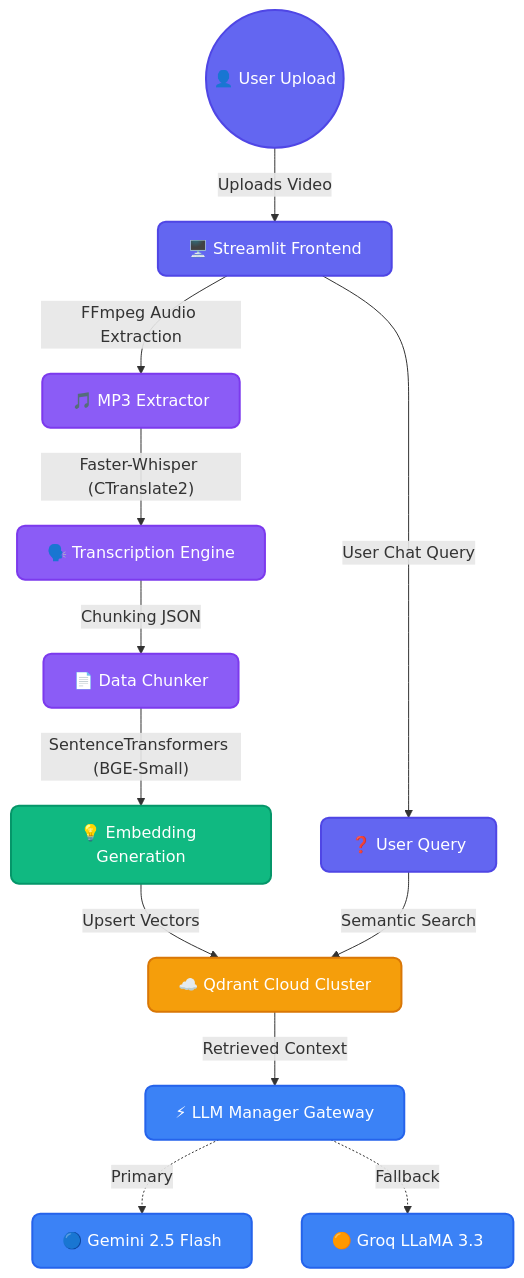
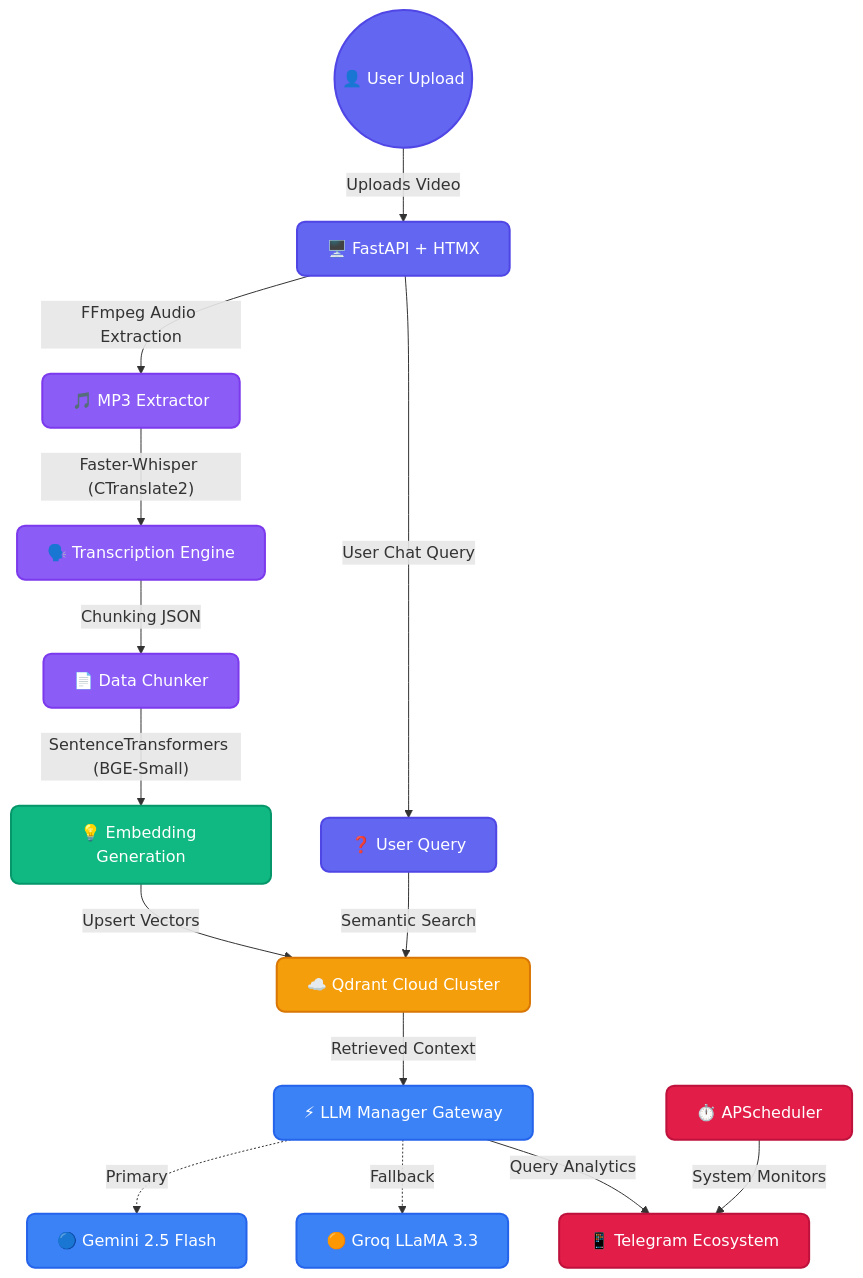
The diagram in README.md (Piyu242005/MindMesh-AI), drawn with Mermaid before and after one commit. The commit also changed other lines of this file and 2 other files, not shown here.

````diff
--- a/README.md
+++ b/README.md
@@ -62,26 +68,30 @@
 ```mermaid
 graph TD
     %% Styling
     classDef user fill:#6366f1,stroke:#4f46e5,stroke-width:2px,color:#fff,rx:8px,ry:8px;
     classDef media fill:#8b5cf6,stroke:#7c3aed,stroke-width:2px,color:#fff,rx:8px,ry:8px;
     classDef embed fill:#10b981,stroke:#059669,stroke-width:2px,color:#fff,rx:8px,ry:8px;
     classDef vector fill:#f59e0b,stroke:#d97706,stroke-width:2px,color:#fff,rx:8px,ry:8px;
     classDef llm fill:#3b82f6,stroke:#2563eb,stroke-width:2px,color:#fff,rx:8px,ry:8px;
+    classDef devops fill:#e11d48,stroke:#be123c,stroke-width:2px,color:#fff,rx:8px,ry:8px;
     
-    U(("👤 User Upload")):::user -->|"Uploads Video"| UI["🖥️ Streamlit Frontend"]:::user
+    U(("👤 User Upload")):::user -->|"Uploads Video"| UI["🖥️ FastAPI + HTMX"]:::user
     UI -->|"FFmpeg Audio Extraction"| EXT["🎵 MP3 Extractor"]:::media
     EXT -->|"Faster-Whisper (CTranslate2)"| TX["🗣️ Transcription Engine"]:::media
     
     TX -->|"Chunking JSON"| C["📄 Data Chunker"]:::media
     C -->|"SentenceTransformers (BGE-Small)"| EMB["💡 Embedding Generation"]:::embed
     
     EMB -->|"Upsert Vectors"| Q["☁️ Qdrant Cloud Cluster"]:::vector
     
     UI -->|"User Chat Query"| QRY["❓ User Query"]:::user
     QRY -->|"Semantic Search"| Q
     
     Q -->|"Retrieved Context"| LLMG["⚡ LLM Manager Gateway"]:::llm
     
     LLMG -.->|"Primary"| GEM["🔵 Gemini 2.5 Flash"]:::llm
     LLMG -.->|"Fallback"| GRQ["🟠 Groq LLaMA 3.3"]:::llm
+    
+    Health["⏱️ APScheduler"]:::devops -->|"System Monitors"| TG["📱 Telegram Ecosystem"]:::devops
+    LLMG -->|"Query Analytics"| TG
 ```
````
